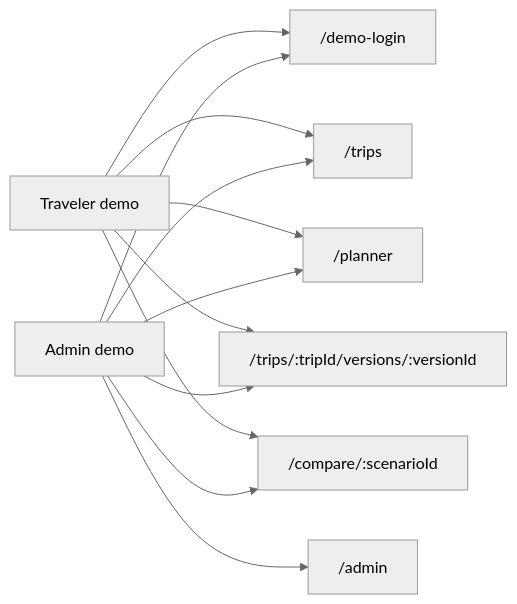
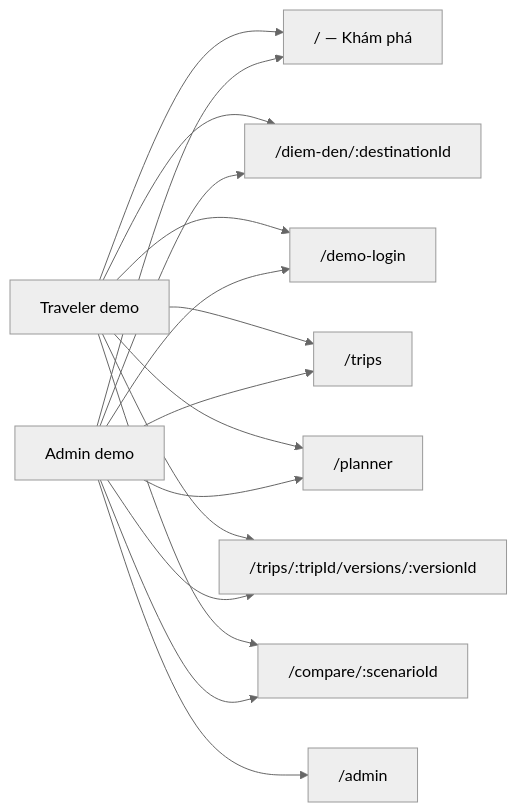
Before and after one commit to younglonelyboiz/SmartTrip-AI: the second of 6 diagrams in README.md, drawn with Mermaid (neutral theme). The commit also changed other lines of this file and 1 other file, not shown here.

````diff
--- a/README.md
+++ b/README.md
@@ -99,14 +99,18 @@
 ```mermaid
 flowchart LR
-    T[Traveler demo] --> L["/demo-login"]
+    T[Traveler demo] --> E["/ — Khám phá"]
+    T --> D["/diem-den/:destinationId"]
+    T --> L["/demo-login"]
     T --> TR["/trips"]
     T --> P["/planner"]
     T --> I["/trips/:tripId/versions/:versionId"]
     T --> C["/compare/:scenarioId"]
-    A[Admin demo] --> L
+    A[Admin demo] --> E
+    A --> D
+    A --> L
     A --> TR
     A --> P
     A --> I
     A --> C
     A --> AD["/admin"]
 ```
````
